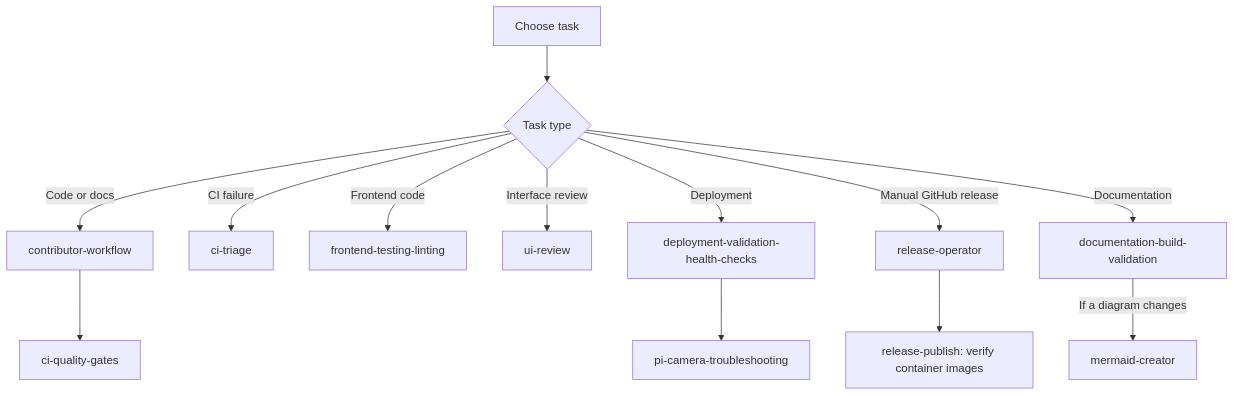
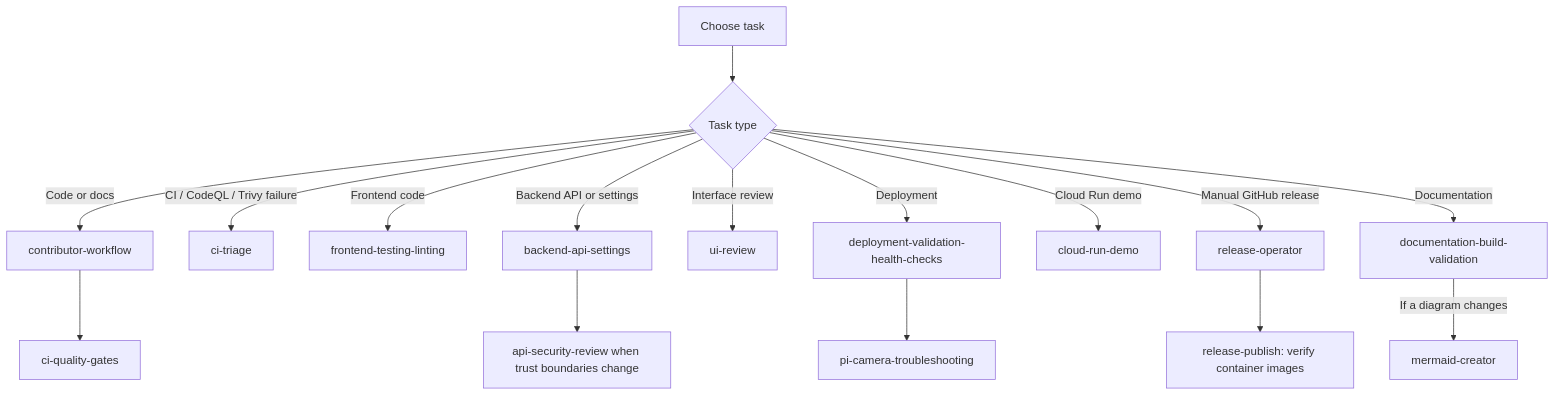
One commit to CyanAutomation/motioninocean changed the diagram in .github/skills/README.md. Above: the diagram before and after it, drawn with Mermaid. The commit also changed other lines of this file and 6 other files, not shown here.

Commit message:
docs: add backend and cloud deployment skills (#809)

````diff
--- a/.github/skills/README.md
+++ b/.github/skills/README.md
@@ -26,15 +29,18 @@
 ```mermaid
 flowchart TD
     A[Choose task] --> B{Task type}
     B -->|Code or docs| C[contributor-workflow]
     C --> D[ci-quality-gates]
-    B -->|CI failure| E[ci-triage]
+    B -->|CI / CodeQL / Trivy failure| E[ci-triage]
     B -->|Frontend code| F[frontend-testing-linting]
+    B -->|Backend API or settings| N[backend-api-settings]
+    N --> O[api-security-review when trust boundaries change]
     B -->|Interface review| G[ui-review]
     B -->|Deployment| H[deployment-validation-health-checks]
     H --> I[pi-camera-troubleshooting]
+    B -->|Cloud Run demo| P[cloud-run-demo]
     B -->|Manual GitHub release| J[release-operator]
     J --> K[release-publish: verify container images]
     B -->|Documentation| L[documentation-build-validation]
     L -->|If a diagram changes| M[mermaid-creator]
 ```
````
